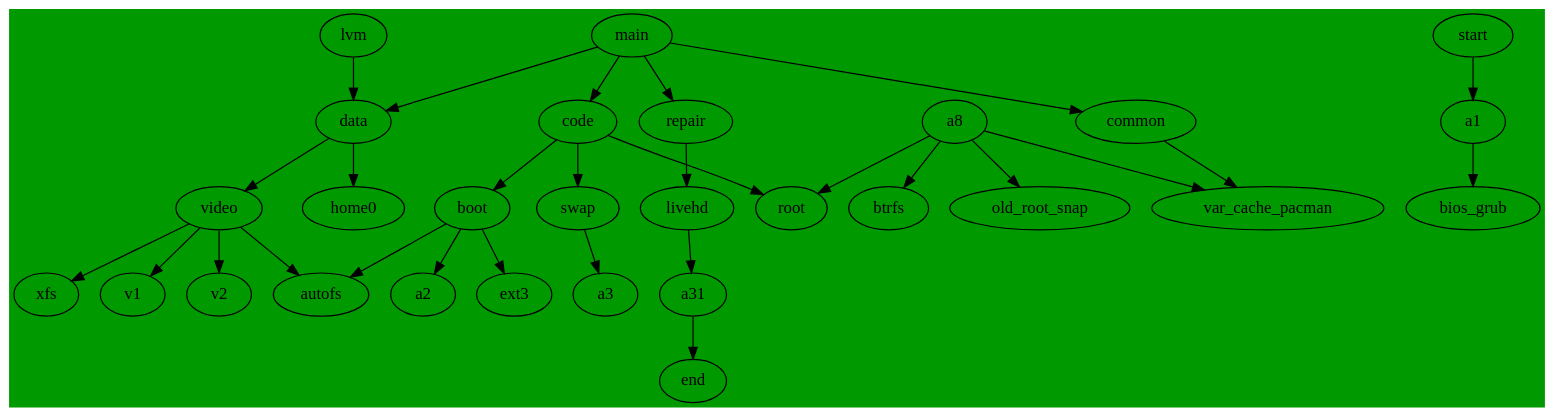
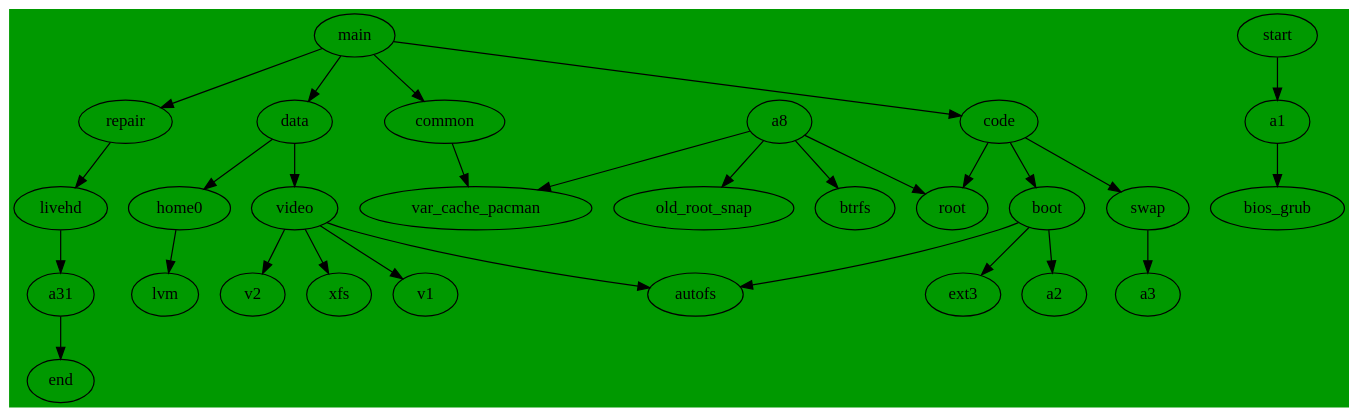
The diagram in dot/.config/dupl/parted.dot (cdede/dotfiles), drawn with Graphviz before and after one commit.

Commit message:
video1 video2 not use lvm

```diff
--- a/dot/.config/dupl/parted.dot
+++ b/dot/.config/dupl/parted.dot
@@ -1,38 +1,38 @@
 // dot -Tpng  parted.dot -o line1.png
 //  default ext4
 digraph G {
   bgcolor ="#009900";
   main->code;
   main->data;
   main->repair;
   main->common;
 
   start->a1;
   a1->bios_grub;
   a31->end;
 
   code->boot;
   boot->a2;
   boot->ext3;
   boot->autofs;
   code->swap;
   swap->a3;
 
   code->root;
   common -> var_cache_pacman;
   a8 ->btrfs;
   a8 -> root;
   a8 -> old_root_snap;
   a8 -> var_cache_pacman;
 
   repair->livehd;
   livehd->a31;
 
   data->home0;
   data->video;
-  lvm->data;
+  home0->lvm;
   video->xfs;
   video->autofs;
   video->v1;
   video->v2;
 }
```
